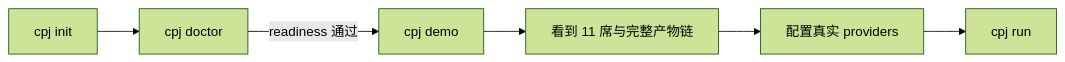
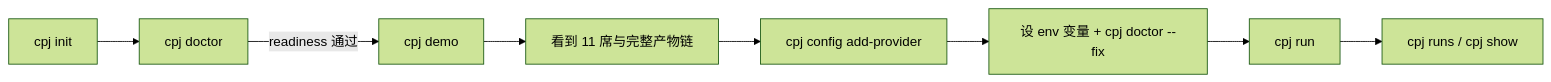
Before and after one commit to qiuxinyuan321/pijiang: the second of 3 diagrams in docs/demo-visuals.md, drawn with Mermaid (forest theme). The commit also changed other lines of this file and 41 other files, not shown here.

````diff
--- a/docs/demo-visuals.md
+++ b/docs/demo-visuals.md
@@ -49,8 +49,10 @@
 ```mermaid
 flowchart LR
     A["cpj init"] --> B["cpj doctor"]
     B -->|"readiness 通过"| C["cpj demo"]
     C --> D["看到 11 席与完整产物链"]
-    D --> E["配置真实 providers"]
-    E --> F["cpj run"]
+    D --> E["cpj config add-provider"]
+    E --> G["设 env 变量 + cpj doctor --fix"]
+    G --> F["cpj run"]
+    F --> H["cpj runs / cpj show"]
 ```
````
